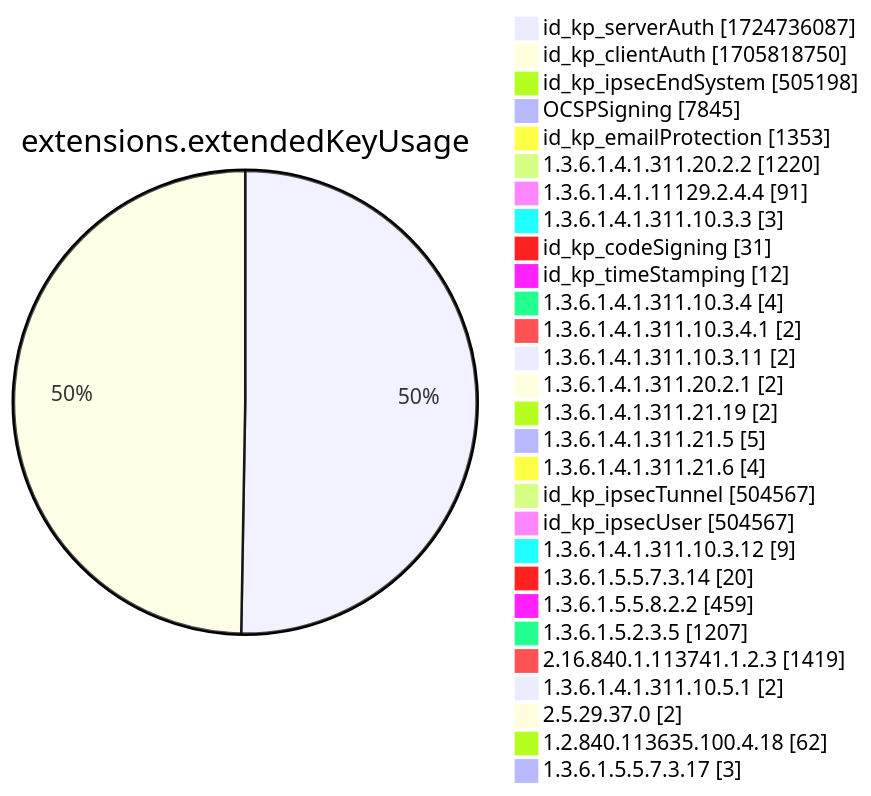
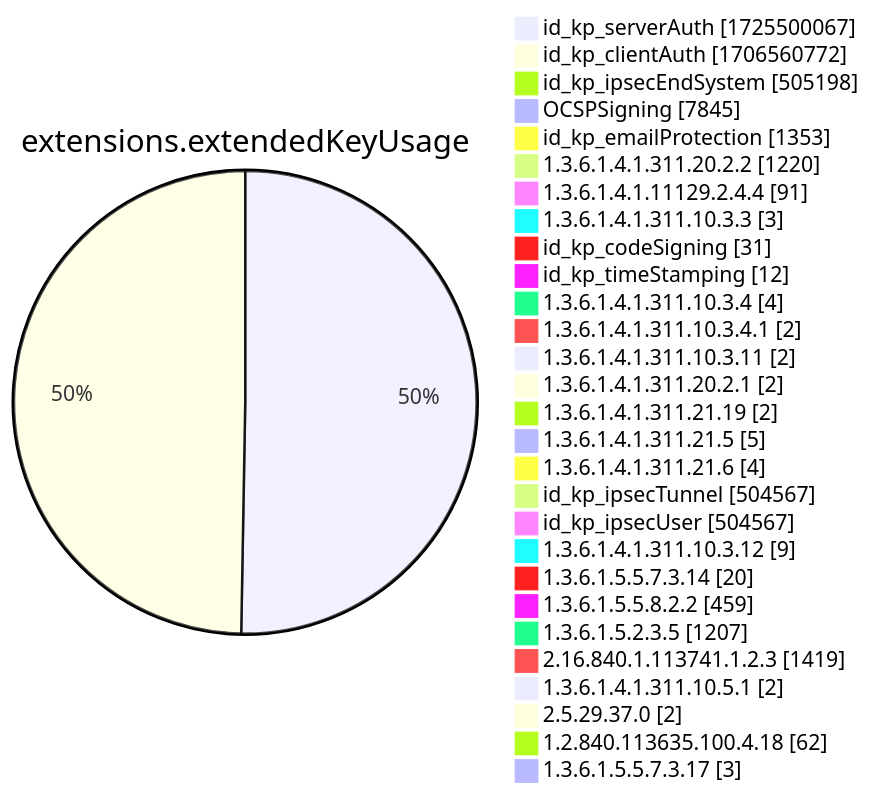
Before and after one commit to christiankrug/ctmonitor_visualization: diagram 12 of 15 in xenon2022/README.md, drawn with Mermaid. The commit also changed other lines of this file, not shown here.

````diff
--- a/xenon2022/README.md
+++ b/xenon2022/README.md
@@ -3889,32 +3889,32 @@
 ```mermaid
 pie showData
 title extensions.extendedKeyUsage
-"id_kp_serverAuth" :1724736087
-"id_kp_clientAuth" :1705818750
+"id_kp_serverAuth" :1725500067
+"id_kp_clientAuth" :1706560772
 "id_kp_ipsecEndSystem" :505198
 "OCSPSigning" :7845
 "id_kp_emailProtection" :1353
 "1.3.6.1.4.1.311.20.2.2" :1220
 "1.3.6.1.4.1.11129.2.4.4" :91
 "1.3.6.1.4.1.311.10.3.3" :3
 "id_kp_codeSigning" :31
 "id_kp_timeStamping" :12
 "1.3.6.1.4.1.311.10.3.4" :4
 "1.3.6.1.4.1.311.10.3.4.1" :2
 "1.3.6.1.4.1.311.10.3.11" :2
 "1.3.6.1.4.1.311.20.2.1" :2
 "1.3.6.1.4.1.311.21.19" :2
 "1.3.6.1.4.1.311.21.5" :5
 "1.3.6.1.4.1.311.21.6" :4
 "id_kp_ipsecTunnel" :504567
 "id_kp_ipsecUser" :504567
 "1.3.6.1.4.1.311.10.3.12" :9
 "1.3.6.1.5.5.7.3.14" :20
 "1.3.6.1.5.5.8.2.2" :459
 "1.3.6.1.5.2.3.5" :1207
 "2.16.840.1.113741.1.2.3" :1419
 "1.3.6.1.4.1.311.10.5.1" :2
 "2.5.29.37.0" :2
 "1.2.840.113635.100.4.18" :62
 "1.3.6.1.5.5.7.3.17" :3
 ```
````
